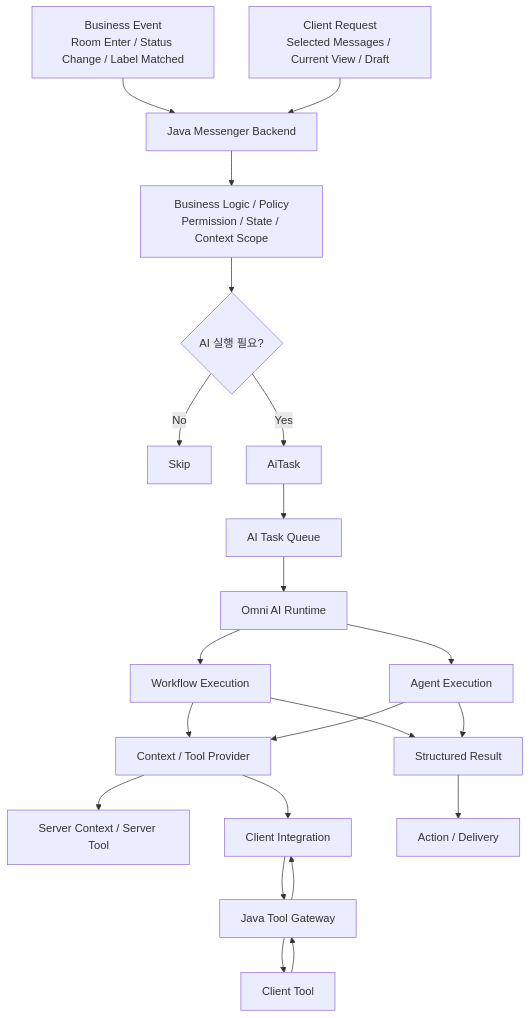
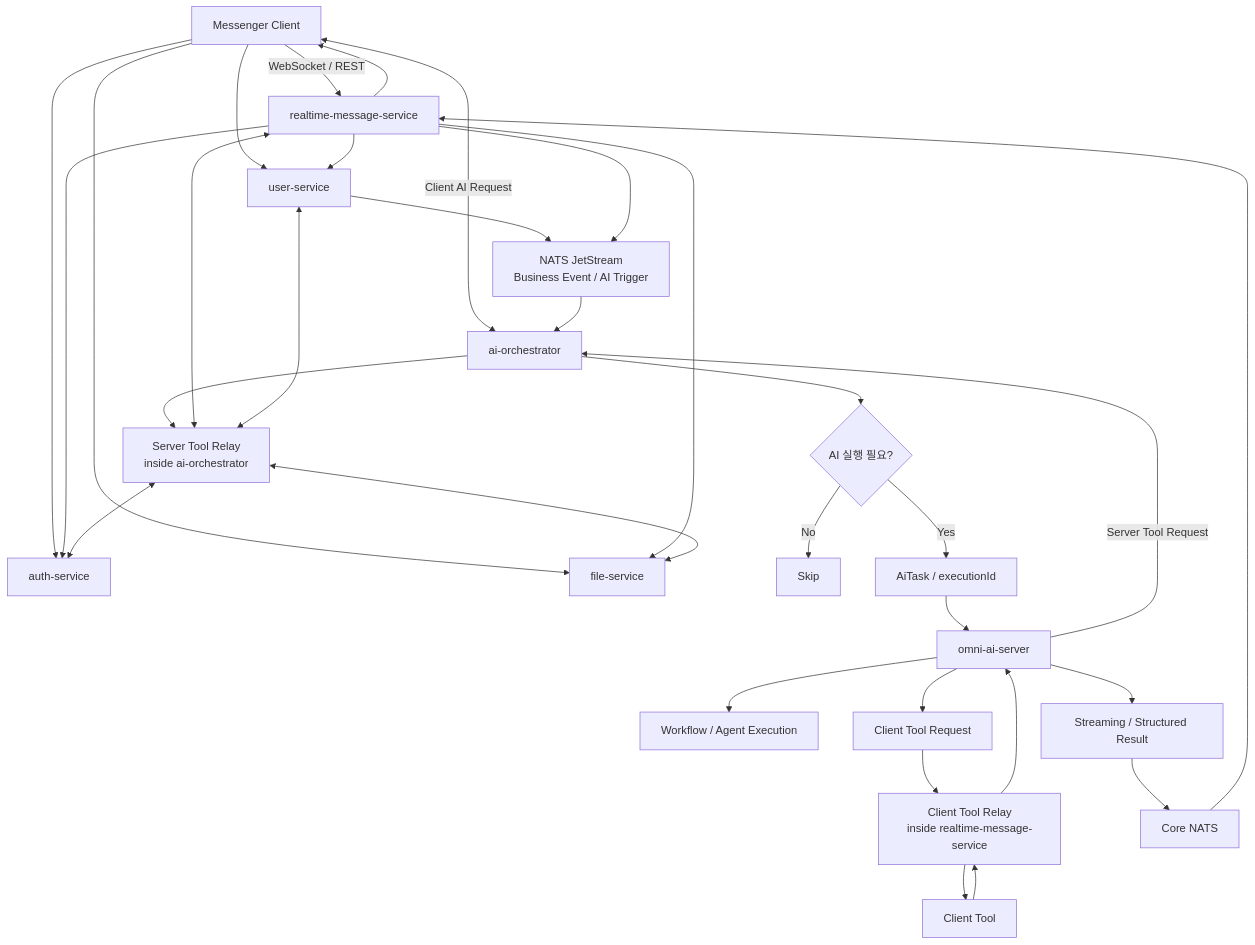
The diagram in README.md (kipo3195/omni-ai-architecture), drawn with Mermaid before and after one commit. The commit also changed other lines of this file and 11 other files, not shown here.

````diff
--- a/README.md
+++ b/README.md
@@ -31,29 +92,40 @@
 ```mermaid
 flowchart TD
-    A1[Business Event<br/>Room Enter / Status Change / Label Matched] --> B[Java Messenger Backend]
-    A2[Client Request<br/>Selected Messages / Current View / Draft] --> B
-    B --> C[Business Logic / Policy<br/>Permission / State / Context Scope]
-    C --> D{AI 실행 필요?}
-    D -- No --> E[Skip]
-    D -- Yes --> F[AiTask]
-    F --> G[AI Task Queue]
-    G --> H[Omni AI Runtime]
+    A[Messenger Client] -->|WebSocket / REST| B[realtime-message-service]
+    A <-->|Client AI Request| G[ai-orchestrator]
+    A --> C[user-service]
+    A --> D[auth-service]
+    A --> E[file-service]
 
-    H --> I[Workflow Execution]
-    H --> J[Agent Execution]
+    B --> C[user-service]
+    B --> D[auth-service]
+    B --> E[file-service]
 
-    I --> K[Context / Tool Provider]
-    J --> K
+    C --> F[NATS JetStream<br/>Business Event / AI Trigger]
+    B --> F
+    F --> G
 
-    K --> L[Server Context / Server Tool]
-    K --> M[Client Integration]
+    G --> H{AI 실행 필요?}
+    H -- No --> I[Skip]
+    H -- Yes --> J[AiTask / executionId]
+    J --> K[omni-ai-server]
 
-    M --> N[Java Tool Gateway]
-    N --> O[Client Tool]
-    O --> N
-    N --> M
+    K -->|Server Tool Request| G
+    G --> L[Server Tool Relay<br/>inside ai-orchestrator]
+    L <--> B
+    L <--> C
+    L <--> D
+    L <--> E
 
-    I --> P[Structured Result]
-    J --> P
-    P --> Q[Action / Delivery]
+    K --> M[Workflow / Agent Execution]
+    K --> N[Client Tool Request]
+    N --> O[Client Tool Relay<br/>inside realtime-message-service]
+    O --> P[Client Tool]
+    P --> O
+    O --> K
+
+    K --> Q[Streaming / Structured Result]
+    Q --> R[Core NATS]
+    R --> B
+    B --> A
 ```
````
